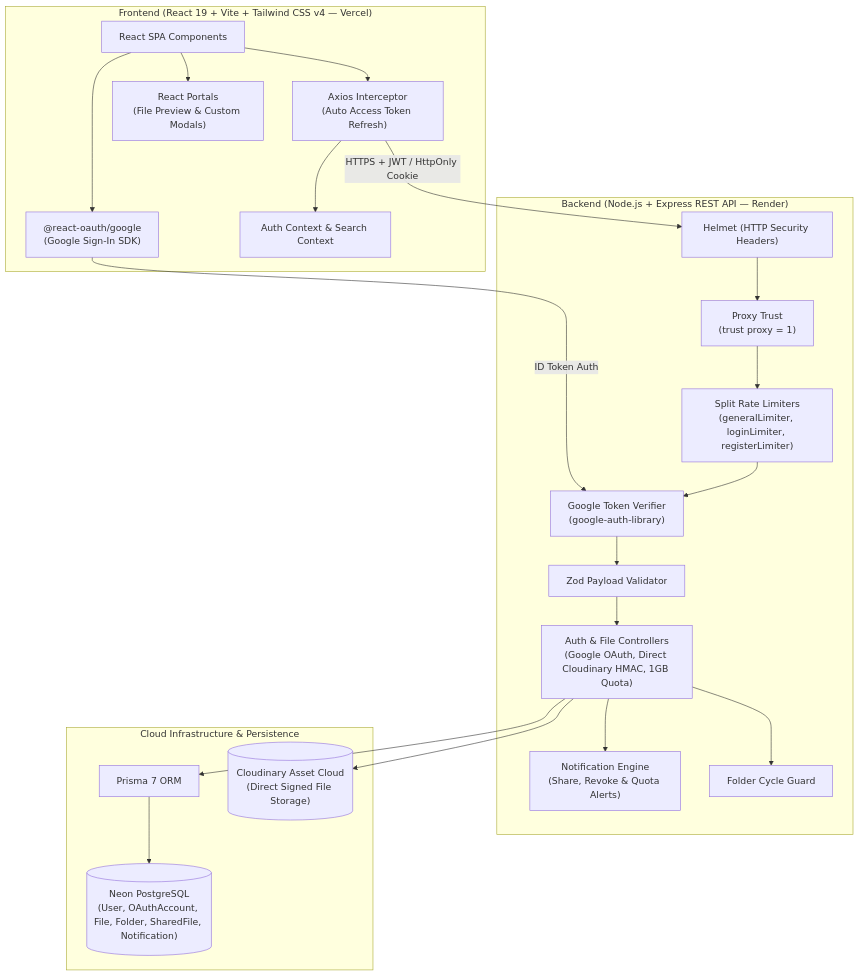
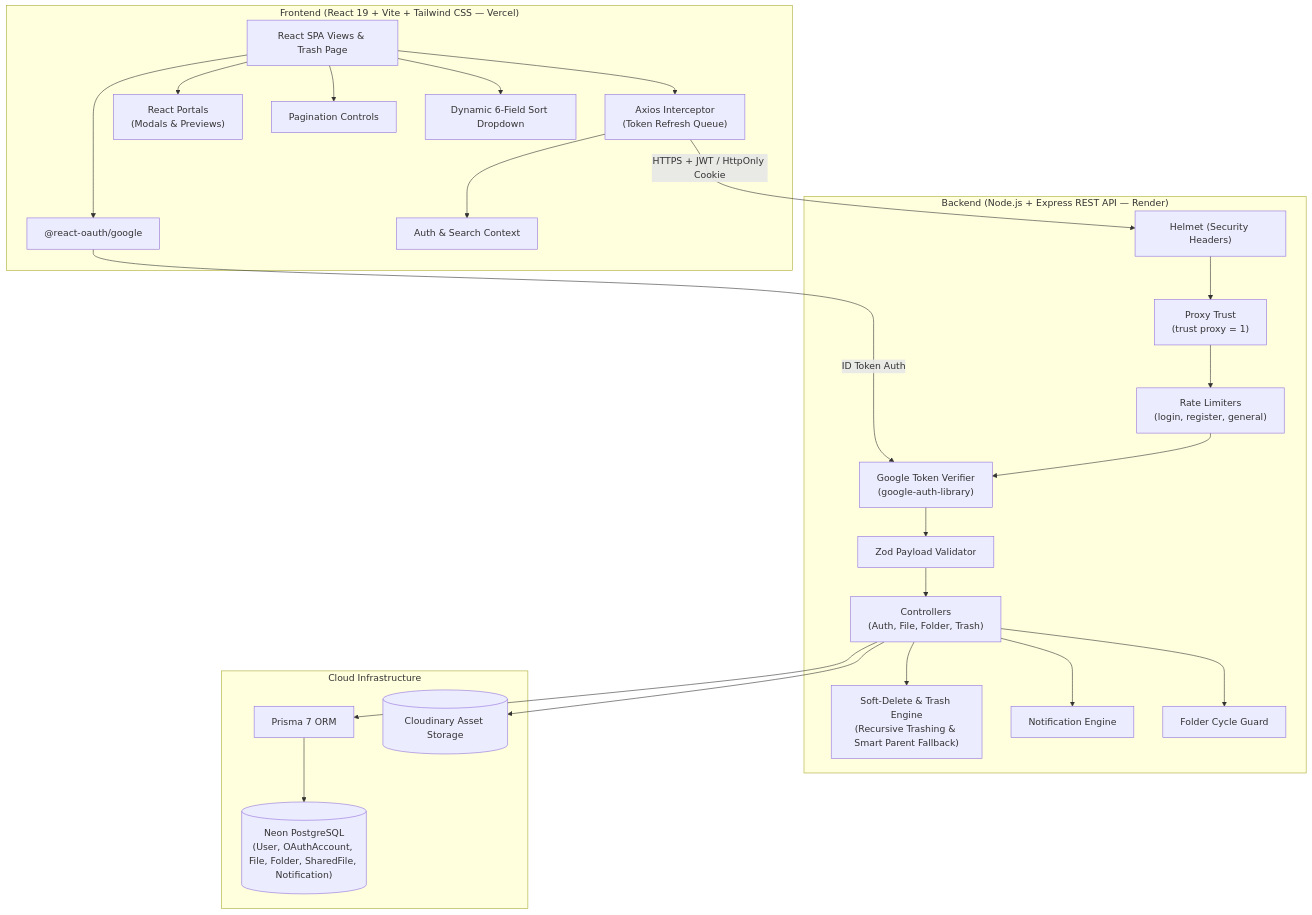
Before and after one commit to SahilSameer18/vaultDrive: the diagram in README.md, drawn with Mermaid. The commit also changed other lines of this file, not shown here.

Commit message:
docs: update README with project architecture, feature list, and system diagrams

````diff
--- a/README.md
+++ b/README.md
@@ -35,46 +32,52 @@
 ```mermaid
 flowchart TD
-    subgraph Client ["Frontend (React 19 + Vite + Tailwind CSS v4 — Vercel)"]
-        UI["React SPA Components"]
-        AXIOS["Axios Interceptor\n(Auto Access Token Refresh)"]
-        GOOGLE_SDK["@react-oauth/google\n(Google Sign-In SDK)"]
-        STORE["Auth Context & Search Context"]
-        PORTAL["React Portals\n(File Preview & Custom Modals)"]
+    subgraph Client ["Frontend (React 19 + Vite + Tailwind CSS — Vercel)"]
+        UI["React SPA Views & Trash Page"]
+        AXIOS["Axios Interceptor\n(Token Refresh Queue)"]
+        GOOGLE_SDK["@react-oauth/google"]
+        STORE["Auth & Search Context"]
+        PORTAL["React Portals\n(Modals & Previews)"]
+        PAGINATION["Pagination Controls"]
+        SORT_DROPDOWN["Dynamic 6-Field Sort Dropdown"]
         UI --> AXIOS
         UI --> GOOGLE_SDK
         AXIOS --> STORE
         UI --> PORTAL
+        UI --> PAGINATION
+        UI --> SORT_DROPDOWN
     end
 
     subgraph Server ["Backend (Node.js + Express REST API — Render)"]
-        HELMET["Helmet (HTTP Security Headers)"]
+        HELMET["Helmet (Security Headers)"]
         PROXY["Proxy Trust\n(trust proxy = 1)"]
-        AUTH_MW["Split Rate Limiters\n(generalLimiter, loginLimiter, registerLimiter)"]
+        AUTH_MW["Rate Limiters\n(login, register, general)"]
         GOOGLE_VERIFIER["Google Token Verifier\n(google-auth-library)"]
         VALIDATOR["Zod Payload Validator"]
-        CONTROLLER["Auth & File Controllers\n(Google OAuth, Direct Cloudinary HMAC, 1GB Quota)"]
-        NOTIF_SVC["Notification Engine\n(Share, Revoke & Quota Alerts)"]
+        CONTROLLER["Controllers\n(Auth, File, Folder, Trash)"]
+        TRASH_ENGINE["Soft-Delete & Trash Engine\n(Recursive Trashing & Smart Parent Fallback)"]
+        NOTIF_SVC["Notification Engine"]
         CYCLE_GUARD["Folder Cycle Guard"]
 
         HELMET --> PROXY
         PROXY --> AUTH_MW
         AUTH_MW --> GOOGLE_VERIFIER
         GOOGLE_VERIFIER --> VALIDATOR
         VALIDATOR --> CONTROLLER
+        CONTROLLER --> TRASH_ENGINE
         CONTROLLER --> NOTIF_SVC
         CONTROLLER --> CYCLE_GUARD
     end
 
-    subgraph Infrastructure ["Cloud Infrastructure & Persistence"]
+    subgraph Infrastructure ["Cloud Infrastructure"]
         PRISMA["Prisma 7 ORM"]
         NEON[("Neon PostgreSQL\n(User, OAuthAccount, File, Folder, SharedFile, Notification)")]
-        CLOUDINARY[("Cloudinary Asset Cloud\n(Direct Signed File Storage)")]
+        CLOUDINARY[("Cloudinary Asset Storage")]
 
         PRISMA --> NEON
         CONTROLLER --> PRISMA
         CONTROLLER --> CLOUDINARY
     end
 
     GOOGLE_SDK -->|ID Token Auth| GOOGLE_VERIFIER
     AXIOS -->|HTTPS + JWT / HttpOnly Cookie| HELMET
 ```
````
